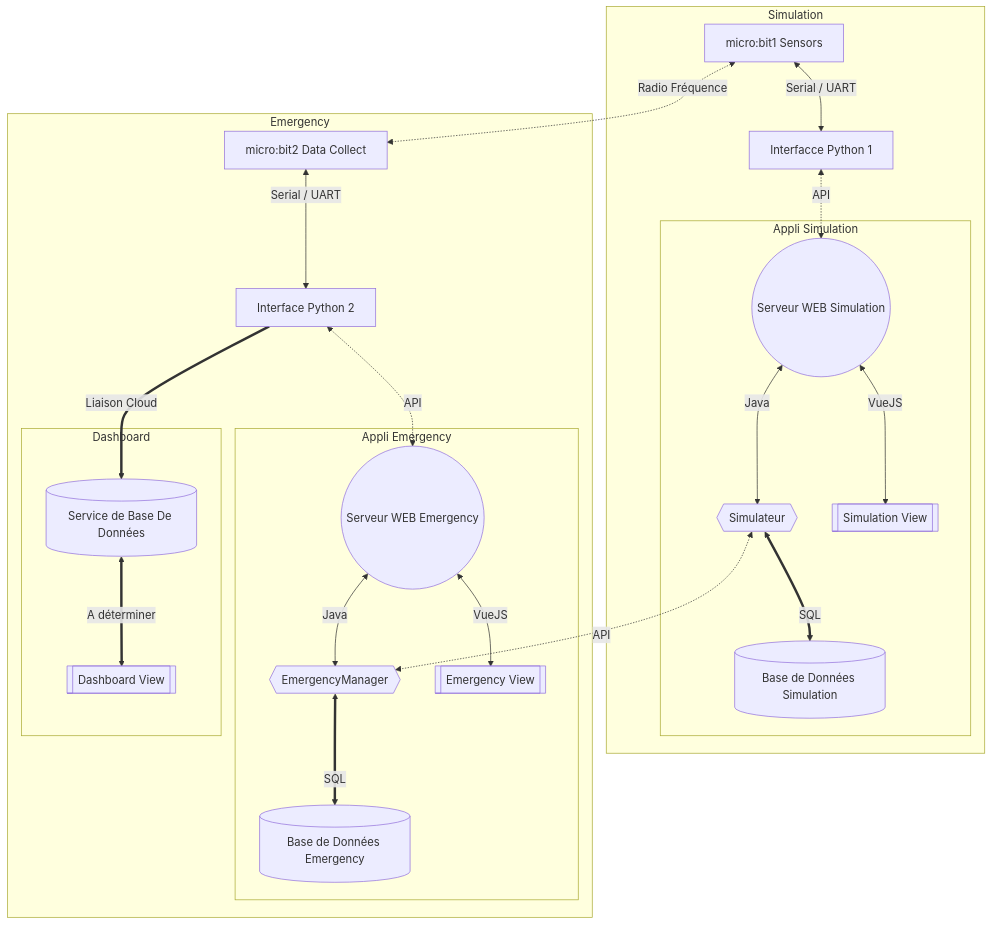
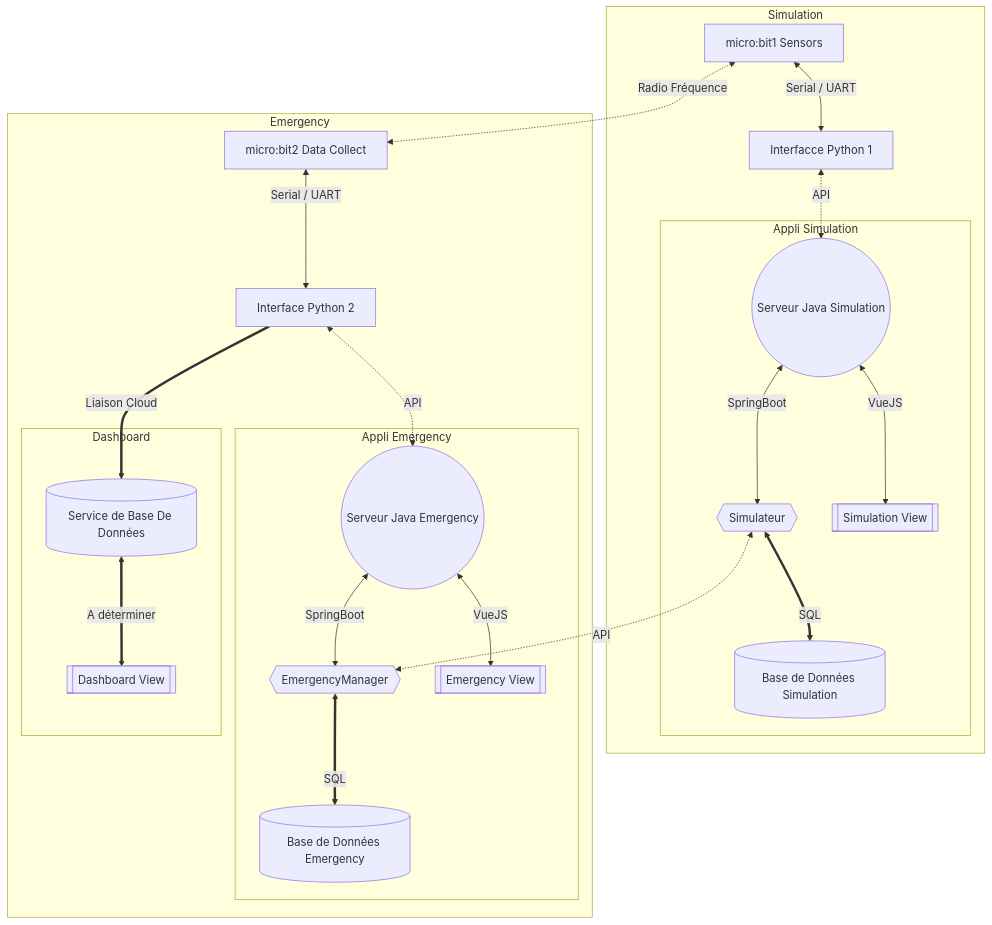
The diagram in README.md (B4tiste/PRJSC_Equipe_9), drawn with Mermaid before and after one commit.

````diff
--- a/README.md
+++ b/README.md
@@ -4,33 +4,33 @@
 ```mermaid
 graph TB
     
     %% Lien entre zones
     mb1[micro:bit1 Sensors] <-. Radio Fréquence .-> mb2[micro:bit2 Data Collect]
     simu <-. API .-> em
     
     %% Zone simu
     subgraph one [Simulation]
         mb1 <-- Serial / UART --> py1[Interfacce Python 1]
-        py1 <-. API .-> web1((Serveur WEB Simulation))
+        py1 <-. API .-> web1((Serveur Java Simulation))
         subgraph app1 [Appli Simulation]
             web1 <-- VueJS --> wv1[[Simulation View]]
-            web1 <-- Java --> simu{{Simulateur}}
+            web1 <-- SpringBoot --> simu{{Simulateur}}
             simu <== SQL ==> bdd1[(Base de Données Simulation)]
         end 
     end
 
     %% Zone Urgence
     subgraph two [Emergency]
         mb2 <-- Serial / UART --> py2[Interface Python 2]
         subgraph app2 [Appli Emergency]
             web2 <-- VueJS --> wv2[[Emergency View]]
-            web2 <-- Java --> em{{EmergencyManager}}
+            web2 <-- SpringBoot --> em{{EmergencyManager}}
             em <== SQL ==> bdd2[(Base de Données Emergency)]
         end
-        py2 <-. API .-> web2((Serveur WEB Emergency))
+        py2 <-. API .-> web2((Serveur Java Emergency))
         py2 == Liaison Cloud ==> bdd3[(Service de Base De Données)]
         subgraph dashboard [Dashboard]
             bdd3 <== A déterminer ==> db[[Dashboard View]]
         end
     end
 ```
````
